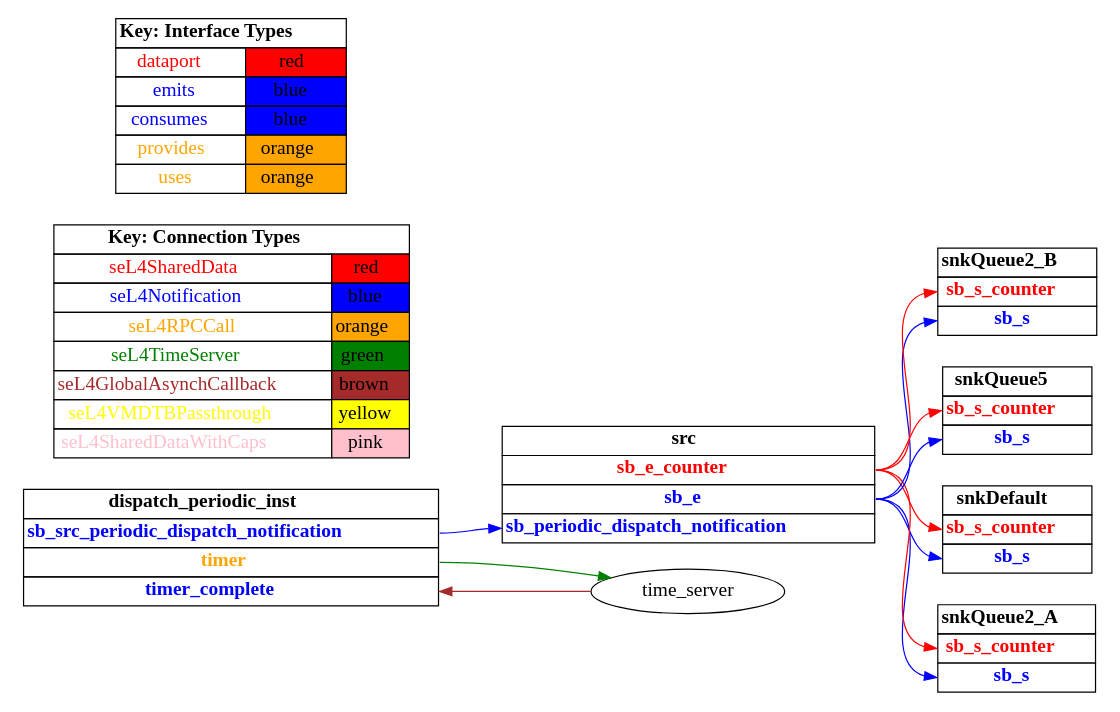
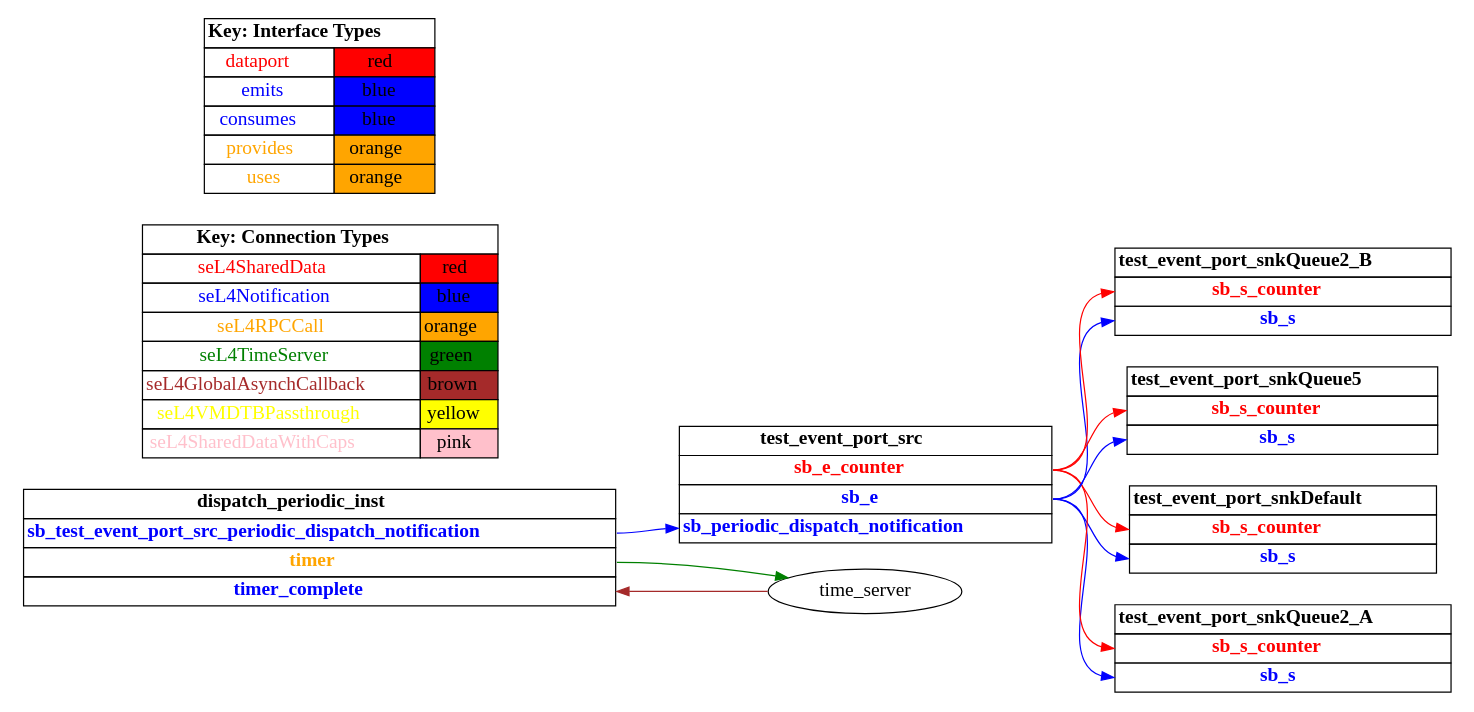
Before and after one commit to loonwerks/CASE: the diagram in TA5/tool-evaluation-4/HAMR/examples/test_event_port_fan_out/CAmkES_seL4_Only/graph_simple.dot, drawn with Graphviz. The commit also changed 1372 other files, not shown here.

```diff
--- a/TA5/tool-evaluation-4/HAMR/examples/test_event_port_fan_out/CAmkES_seL4_Only/graph_simple.dot
+++ b/TA5/tool-evaluation-4/HAMR/examples/test_event_port_fan_out/CAmkES_seL4_Only/graph_simple.dot
@@ -1,188 +1,188 @@
 digraph g {
 graph [
   overlap = false,
   rankdir = "LR"
 ];
 node [
   fontsize = "16",
   shape = "ellipse"
 ];
 edge [
 ];
 
-src [
+test_event_port_src [
   label=<
     <TABLE BORDER="0" CELLBORDER="1" CELLSPACING="0">
-      <TR><TD><B>src</B></TD></TR>
+      <TR><TD><B>test_event_port_src</B></TD></TR>
       <TR><TD PORT="sb_e_counter"><FONT COLOR="red"><B>sb_e_counter</B></FONT></TD></TR>
       <TR><TD PORT="sb_e"><FONT COLOR="blue"><B>sb_e</B></FONT></TD></TR>
       <TR><TD PORT="sb_periodic_dispatch_notification"><FONT COLOR="blue"><B>sb_periodic_dispatch_notification</B></FONT></TD></TR>"
     </TABLE>
   >
   shape=plaintext
 ];
 
-snkDefault [
+test_event_port_snkDefault [
   label=<
     <TABLE BORDER="0" CELLBORDER="1" CELLSPACING="0">
-      <TR><TD><B>snkDefault</B></TD></TR>
+      <TR><TD><B>test_event_port_snkDefault</B></TD></TR>
       <TR><TD PORT="sb_s_counter"><FONT COLOR="red"><B>sb_s_counter</B></FONT></TD></TR>
       <TR><TD PORT="sb_s"><FONT COLOR="blue"><B>sb_s</B></FONT></TD></TR>"
     </TABLE>
   >
   shape=plaintext
 ];
 
-snkQueue2_A [
+test_event_port_snkQueue2_A [
   label=<
     <TABLE BORDER="0" CELLBORDER="1" CELLSPACING="0">
-      <TR><TD><B>snkQueue2_A</B></TD></TR>
+      <TR><TD><B>test_event_port_snkQueue2_A</B></TD></TR>
       <TR><TD PORT="sb_s_counter"><FONT COLOR="red"><B>sb_s_counter</B></FONT></TD></TR>
       <TR><TD PORT="sb_s"><FONT COLOR="blue"><B>sb_s</B></FONT></TD></TR>"
     </TABLE>
   >
   shape=plaintext
 ];
 
-snkQueue2_B [
+test_event_port_snkQueue2_B [
   label=<
     <TABLE BORDER="0" CELLBORDER="1" CELLSPACING="0">
-      <TR><TD><B>snkQueue2_B</B></TD></TR>
+      <TR><TD><B>test_event_port_snkQueue2_B</B></TD></TR>
       <TR><TD PORT="sb_s_counter"><FONT COLOR="red"><B>sb_s_counter</B></FONT></TD></TR>
       <TR><TD PORT="sb_s"><FONT COLOR="blue"><B>sb_s</B></FONT></TD></TR>"
     </TABLE>
   >
   shape=plaintext
 ];
 
-snkQueue5 [
+test_event_port_snkQueue5 [
   label=<
     <TABLE BORDER="0" CELLBORDER="1" CELLSPACING="0">
-      <TR><TD><B>snkQueue5</B></TD></TR>
+      <TR><TD><B>test_event_port_snkQueue5</B></TD></TR>
       <TR><TD PORT="sb_s_counter"><FONT COLOR="red"><B>sb_s_counter</B></FONT></TD></TR>
       <TR><TD PORT="sb_s"><FONT COLOR="blue"><B>sb_s</B></FONT></TD></TR>"
     </TABLE>
   >
   shape=plaintext
 ];
 
 dispatch_periodic_inst [
   label=<
     <TABLE BORDER="0" CELLBORDER="1" CELLSPACING="0">
       <TR><TD><B>dispatch_periodic_inst</B></TD></TR>
-      <TR><TD PORT="sb_src_periodic_dispatch_notification"><FONT COLOR="blue"><B>sb_src_periodic_dispatch_notification</B></FONT></TD></TR>
+      <TR><TD PORT="sb_test_event_port_src_periodic_dispatch_notification"><FONT COLOR="blue"><B>sb_test_event_port_src_periodic_dispatch_notification</B></FONT></TD></TR>
       <TR><TD PORT="timer"><FONT COLOR="orange"><B>timer</B></FONT></TD></TR>
       <TR><TD PORT="timer_complete"><FONT COLOR="blue"><B>timer_complete</B></FONT></TD></TR>"
     </TABLE>
   >
   shape=plaintext
 ];
 
 connectiontypekey [
   label=<
    <TABLE BORDER="0" CELLBORDER="1" CELLSPACING="0">
      <TR><TD COLSPAN="2"><B>Key: Connection Types</B></TD></TR>
      <TR><TD><FONT COLOR="red">seL4SharedData</FONT></TD><TD BGCOLOR="red">red</TD></TR>
      <TR><TD><FONT COLOR="blue">seL4Notification</FONT></TD><TD BGCOLOR="blue">blue</TD></TR>
      <TR><TD><FONT COLOR="orange">seL4RPCCall</FONT></TD><TD BGCOLOR="orange">orange</TD></TR>
      <TR><TD><FONT COLOR="green">seL4TimeServer</FONT></TD><TD BGCOLOR="green">green</TD></TR>
      <TR><TD><FONT COLOR="brown">seL4GlobalAsynchCallback</FONT></TD><TD BGCOLOR="brown">brown</TD></TR>
      <TR><TD><FONT COLOR="yellow">seL4VMDTBPassthrough</FONT></TD><TD BGCOLOR="yellow">yellow</TD></TR>
      <TR><TD><FONT COLOR="pink">seL4SharedDataWithCaps</FONT></TD><TD BGCOLOR="pink">pink</TD></TR>
    </TABLE>
   >
   shape=plaintext
 ];
 
 interfacetypekey [
   label=<
    <TABLE BORDER="0" CELLBORDER="1" CELLSPACING="0">
      <TR><TD COLSPAN="2"><B>Key: Interface Types</B></TD></TR>
      <TR><TD><FONT COLOR="red">dataport</FONT></TD><TD BGCOLOR="red">red</TD></TR>
      <TR><TD><FONT COLOR="blue">emits</FONT></TD><TD BGCOLOR="blue">blue</TD></TR>
      <TR><TD><FONT COLOR="blue">consumes</FONT></TD><TD BGCOLOR="blue">blue</TD></TR>
      <TR><TD><FONT COLOR="orange">provides</FONT></TD><TD BGCOLOR="orange">orange</TD></TR>
      <TR><TD><FONT COLOR="orange">uses</FONT></TD><TD BGCOLOR="orange">orange</TD></TR>
    </TABLE>
   >
   shape=plaintext
 ];
 
-"src":sb_e -> "snkDefault":sb_s [
+"test_event_port_src":sb_e -> "test_event_port_snkDefault":sb_s [
   color="blue"
   //label = "seL4Notification"
   id = conn1
 
 ];
 
-"src":sb_e -> "snkQueue2_A":sb_s [
+"test_event_port_src":sb_e -> "test_event_port_snkQueue2_A":sb_s [
   color="blue"
   //label = "seL4Notification"
   id = conn1
 
 ];
 
-"src":sb_e -> "snkQueue2_B":sb_s [
+"test_event_port_src":sb_e -> "test_event_port_snkQueue2_B":sb_s [
   color="blue"
   //label = "seL4Notification"
   id = conn1
 
 ];
 
-"src":sb_e -> "snkQueue5":sb_s [
+"test_event_port_src":sb_e -> "test_event_port_snkQueue5":sb_s [
   color="blue"
   //label = "seL4Notification"
   id = conn1
 
 ];
 
-"src":sb_e_counter -> "snkDefault":sb_s_counter [
+"test_event_port_src":sb_e_counter -> "test_event_port_snkDefault":sb_s_counter [
   color="red"
   //label = "seL4SharedData"
   id = conn2
 
 ];
 
-"src":sb_e_counter -> "snkQueue2_A":sb_s_counter [
+"test_event_port_src":sb_e_counter -> "test_event_port_snkQueue2_A":sb_s_counter [
   color="red"
   //label = "seL4SharedData"
   id = conn2
 
 ];
 
-"src":sb_e_counter -> "snkQueue2_B":sb_s_counter [
+"test_event_port_src":sb_e_counter -> "test_event_port_snkQueue2_B":sb_s_counter [
   color="red"
   //label = "seL4SharedData"
   id = conn2
 
 ];
 
-"src":sb_e_counter -> "snkQueue5":sb_s_counter [
+"test_event_port_src":sb_e_counter -> "test_event_port_snkQueue5":sb_s_counter [
   color="red"
   //label = "seL4SharedData"
   id = conn2
 
 ];
 
-"dispatch_periodic_inst":sb_src_periodic_dispatch_notification -> "src":sb_periodic_dispatch_notification [
+"dispatch_periodic_inst":sb_test_event_port_src_periodic_dispatch_notification -> "test_event_port_src":sb_periodic_dispatch_notification [
   color="blue"
   //label = "seL4Notification"
   id = conn3
 
 ];
 
 "dispatch_periodic_inst":timer -> "time_server":the_timer [
   color="green"
   //label = "seL4TimeServer"
   id = conn4
 
 ];
 
 "time_server":timer_notification -> "dispatch_periodic_inst":timer_complete [
   color="brown"
   //label = "seL4GlobalAsynchCallback"
   id = conn5
 
 ];
 
 }
```
